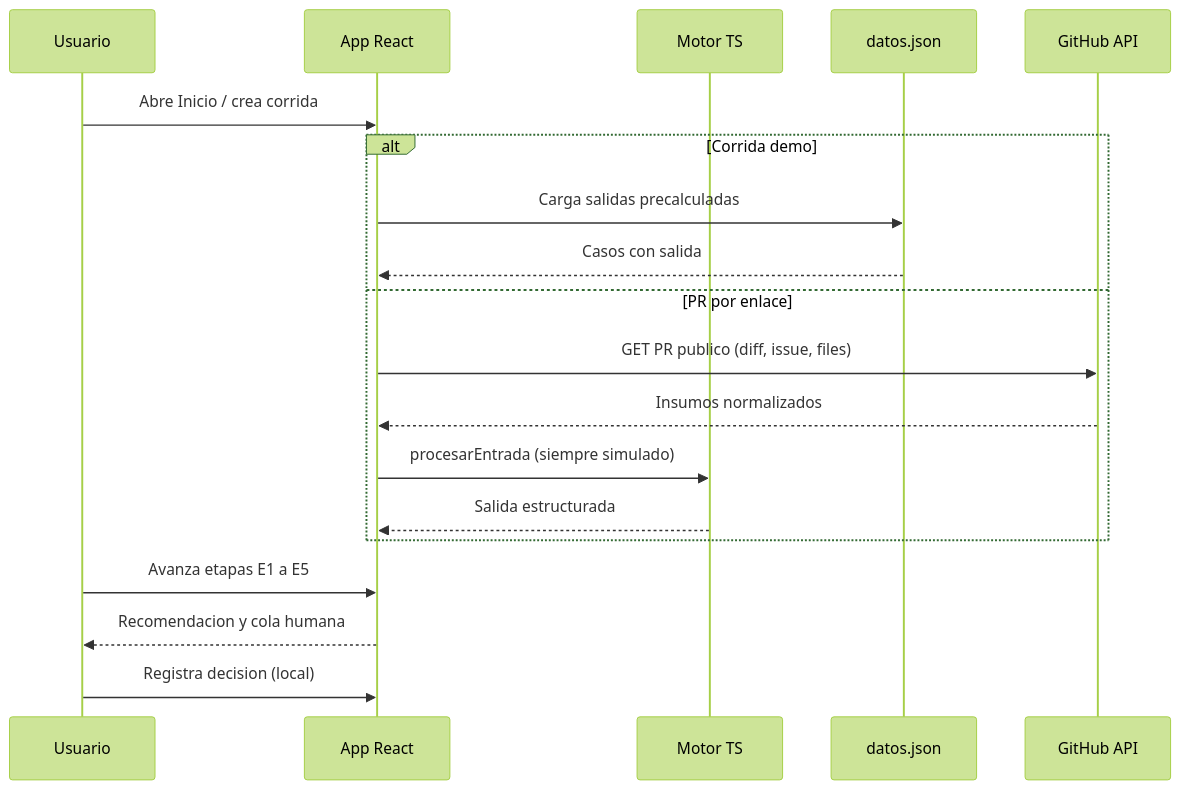
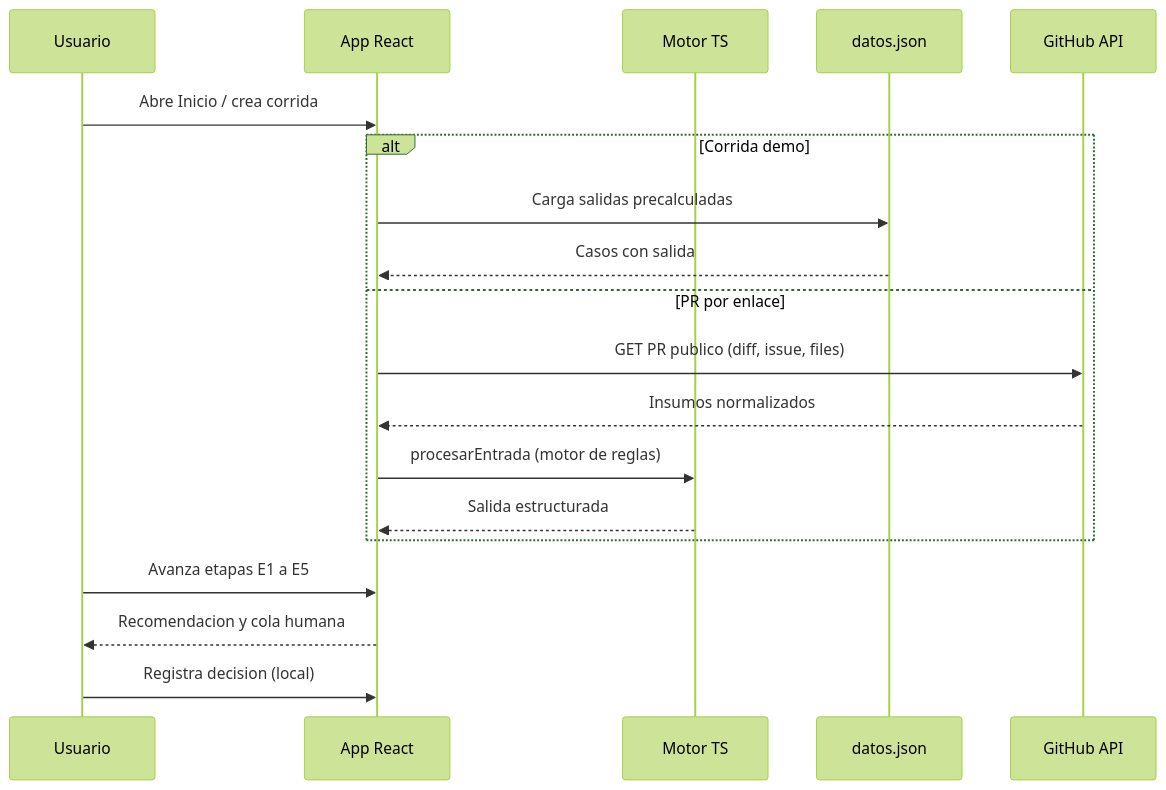
One commit to pmora3003/grantfox-revision-asistida changed the third of 3 diagrams in docs/PROTOTIPO.md. Above: the diagram before and after it, drawn with Mermaid (forest theme). The commit also changed other lines of this file and 38 other files, not shown here.

Commit message:
Motor de reglas, bandas de confianza 0.85 y 0.60, fundamentos con marcos de referencia, monto en la tabla y ajustes de interfaz

````diff
--- a/docs/PROTOTIPO.md
+++ b/docs/PROTOTIPO.md
@@ -136,22 +136,22 @@
 ```mermaid
 sequenceDiagram
   participant U as Usuario
   participant A as App React
   participant M as Motor TS
   participant D as datos.json
   participant G as GitHub API
 
   U->>A: Abre Inicio / crea corrida
   alt Corrida demo
     A->>D: Carga salidas precalculadas
     D-->>A: Casos con salida
   else PR por enlace
     A->>G: GET PR publico (diff, issue, files)
     G-->>A: Insumos normalizados
-    A->>M: procesarEntrada (siempre simulado)
+    A->>M: procesarEntrada (motor de reglas)
     M-->>A: Salida estructurada
   end
   U->>A: Avanza etapas E1 a E5
   A-->>U: Recomendacion y cola humana
   U->>A: Registra decision (local)
 ```
````
